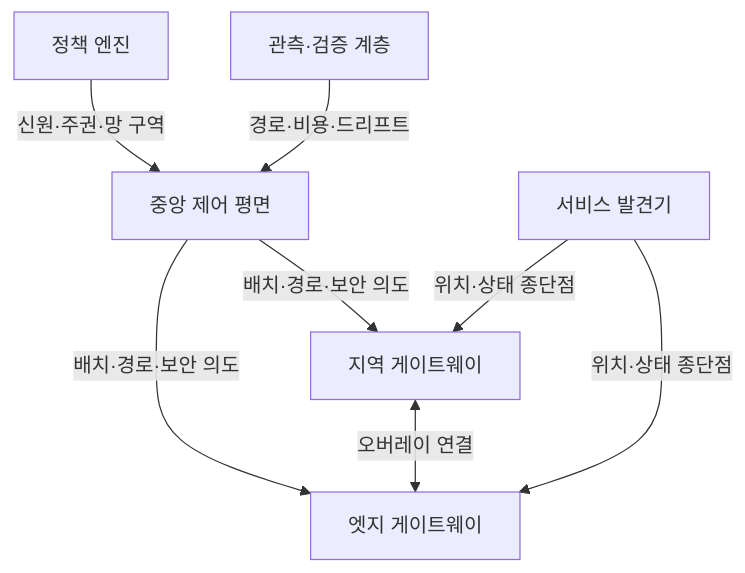
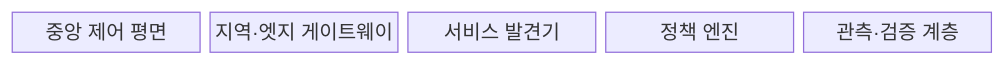
The first of 2 diagrams in src/content/docs/notes/04-network/101_distributed_cloud_networking.md (agnusdei1207/knowledge-base), drawn with Mermaid before and after one commit. The commit also changed other lines of this file and 21 other files, not shown here.

````diff
--- a/src/content/docs/notes/04-network/101_distributed_cloud_networking.md
+++ b/src/content/docs/notes/04-network/101_distributed_cloud_networking.md
@@ -53,10 +52,9 @@
 ```mermaid
-flowchart TB
-    A["중앙 제어 평면"] -->|배치·경로·보안 의도| B["지역 게이트웨이"]
-    A -->|배치·경로·보안 의도| C["엣지 게이트웨이"]
-    B <-->|오버레이 연결| C
-    D["서비스 발견기"] -->|위치·상태 종단점| B
-    D -->|위치·상태 종단점| C
-    E["정책 엔진"] -->|신원·주권·망 구역| A
-    F["관측·검증 계층"] -->|경로·비용·드리프트| A
+block-beta
+    columns 5
+    A["중앙 제어 평면"]
+    B["지역·엣지 게이트웨이"]
+    C["서비스 발견기"]
+    D["정책 엔진"]
+    E["관측·검증 계층"]
 ```
````
